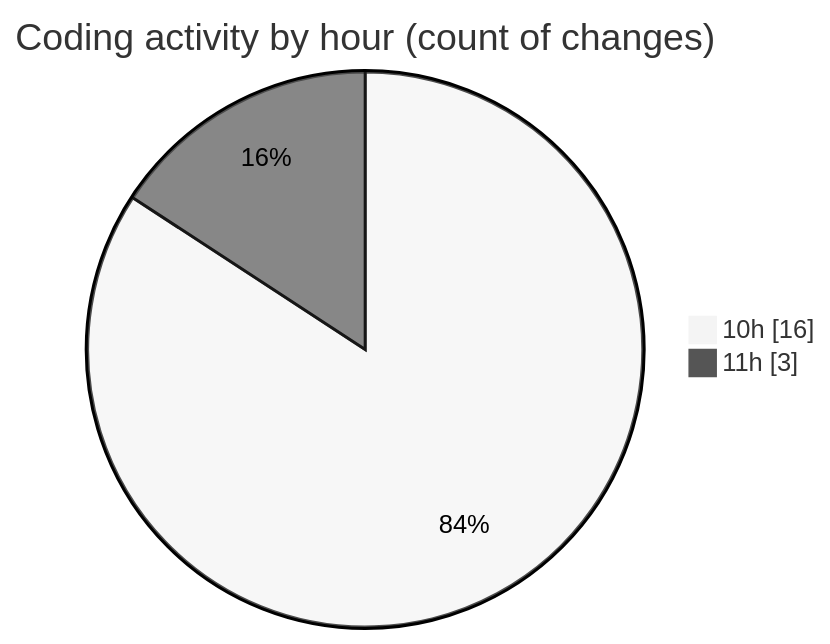
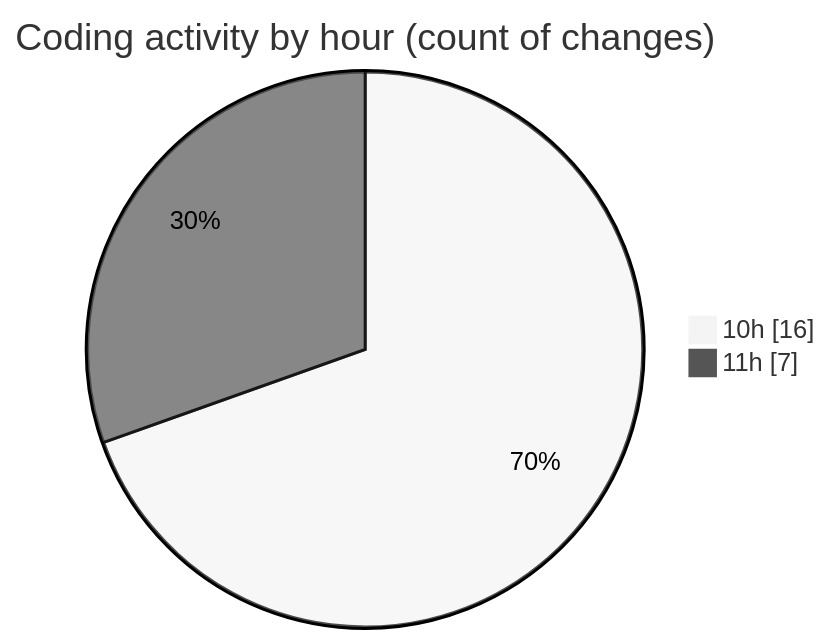
Before and after one commit to charlie-sans/code-tracking: the second of 2 diagrams in 2025-02-20/micros/README.md, drawn with Mermaid (neutral theme). The commit also changed other lines of this file and 1 other file, not shown here.

````diff
--- a/2025-02-20/micros/README.md
+++ b/2025-02-20/micros/README.md
@@ -36,6 +40,6 @@
 ```mermaid
 pie showData
 title Coding activity by hour (count of changes)
 "10h" : 16
-"11h" : 3
+"11h" : 7
 ```
````
